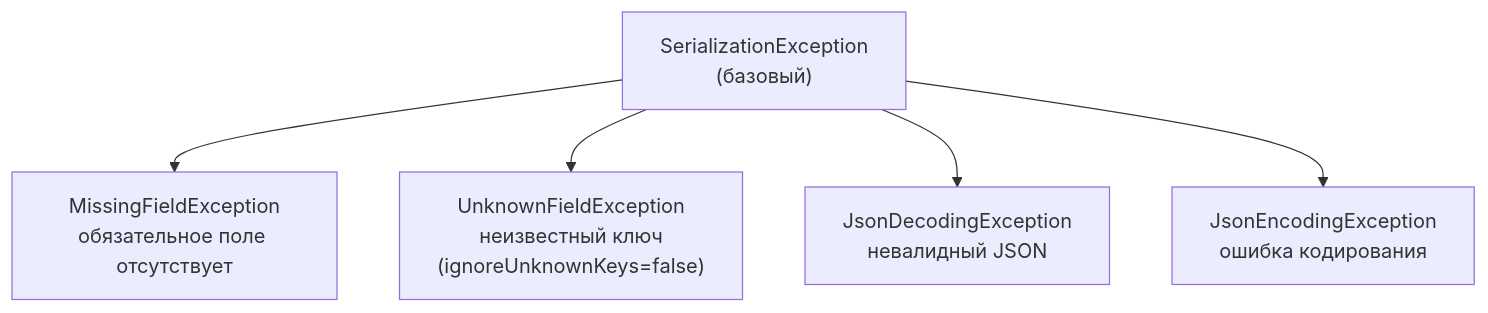
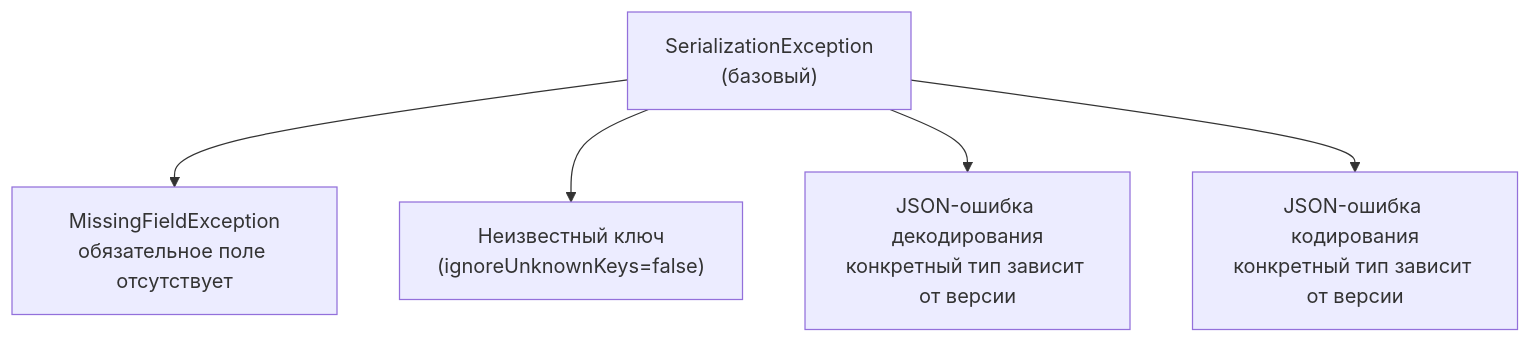
Before and after one commit to akeverus/cheat-sheet: the fifth of 5 diagrams in cheatsheets/interview/programming-languages/kotlin/kotlin-serialization-interview.md, drawn with Mermaid. The commit also changed other lines of this file and 154 other files, not shown here.

````diff
--- a/cheatsheets/interview/programming-languages/kotlin/kotlin-serialization-interview.md
+++ b/cheatsheets/interview/programming-languages/kotlin/kotlin-serialization-interview.md
@@ -1112,7 +1195,7 @@
 ```mermaid
 graph TD
     A["SerializationException<br/>(базовый)"] --> B["MissingFieldException<br/>обязательное поле отсутствует"]
-    A --> C["UnknownFieldException<br/>неизвестный ключ<br/>(ignoreUnknownKeys=false)"]
-    A --> D["JsonDecodingException<br/>невалидный JSON"]
-    A --> E["JsonEncodingException<br/>ошибка кодирования"]
+    A --> C["Неизвестный ключ<br/>(ignoreUnknownKeys=false)"]
+    A --> D["JSON-ошибка декодирования<br/>конкретный тип зависит от версии"]
+    A --> E["JSON-ошибка кодирования<br/>конкретный тип зависит от версии"]
 ```
````
